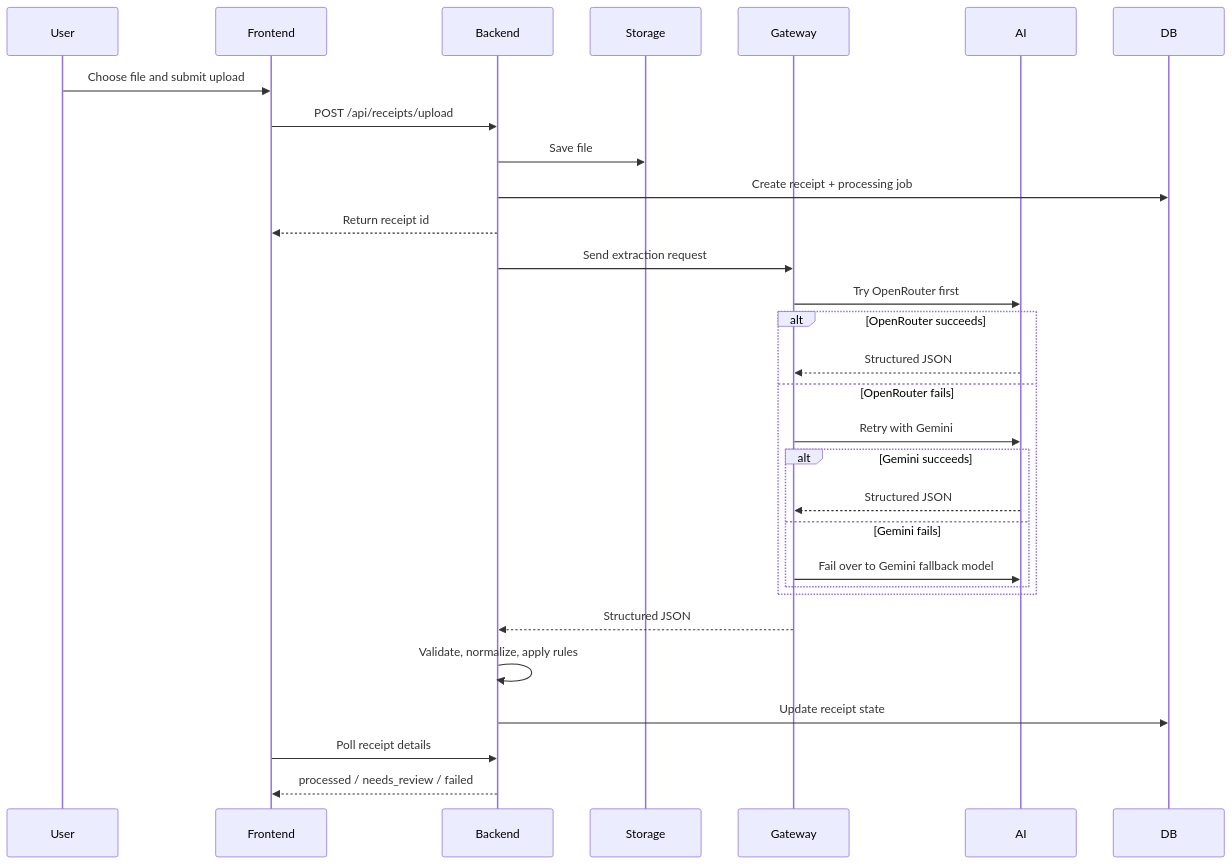
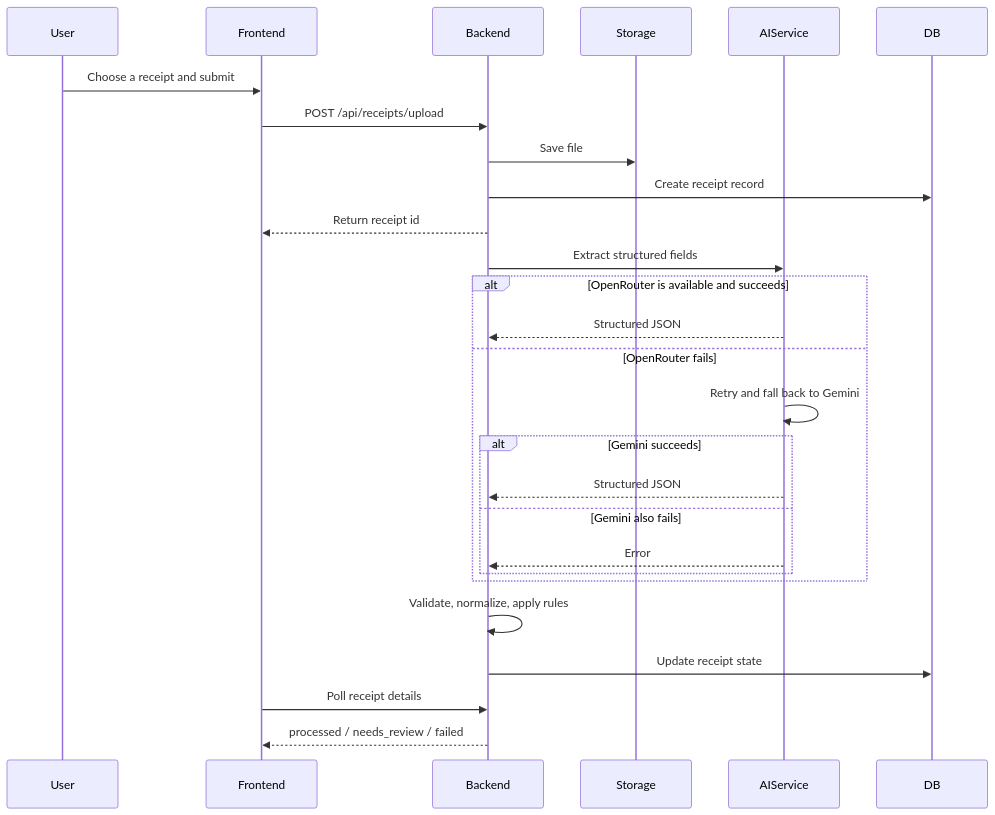
The first of 2 diagrams in docs/FLOW.md (dushyant4665/receiptmind), drawn with Mermaid before and after one commit. The commit also changed other lines of this file and 4 other files, not shown here.

````diff
--- a/docs/FLOW.md
+++ b/docs/FLOW.md
@@ -7,33 +7,30 @@
 ```mermaid
 sequenceDiagram
     participant User
     participant Frontend
     participant Backend
     participant Storage
-    participant Gateway
-    participant AI
+    participant AIService
     participant DB
 
-    User->>Frontend: Choose file and submit upload
+    User->>Frontend: Choose a receipt and submit
     Frontend->>Backend: POST /api/receipts/upload
     Backend->>Storage: Save file
-    Backend->>DB: Create receipt + processing job
+    Backend->>DB: Create receipt record
     Backend-->>Frontend: Return receipt id
-    Backend->>Gateway: Send extraction request
-    Gateway->>AI: Try OpenRouter first
-    alt OpenRouter succeeds
-        AI-->>Gateway: Structured JSON
+    Backend->>AIService: Extract structured fields
+    alt OpenRouter is available and succeeds
+        AIService-->>Backend: Structured JSON
     else OpenRouter fails
-        Gateway->>AI: Retry with Gemini
+        AIService->>AIService: Retry and fall back to Gemini
         alt Gemini succeeds
-            AI-->>Gateway: Structured JSON
-        else Gemini fails
-            Gateway->>AI: Fail over to Gemini fallback model
+            AIService-->>Backend: Structured JSON
+        else Gemini also fails
+            AIService-->>Backend: Error
         end
     end
-    Gateway-->>Backend: Structured JSON
     Backend->>Backend: Validate, normalize, apply rules
     Backend->>DB: Update receipt state
     Frontend->>Backend: Poll receipt details
     Backend-->>Frontend: processed / needs_review / failed
 ```
````
